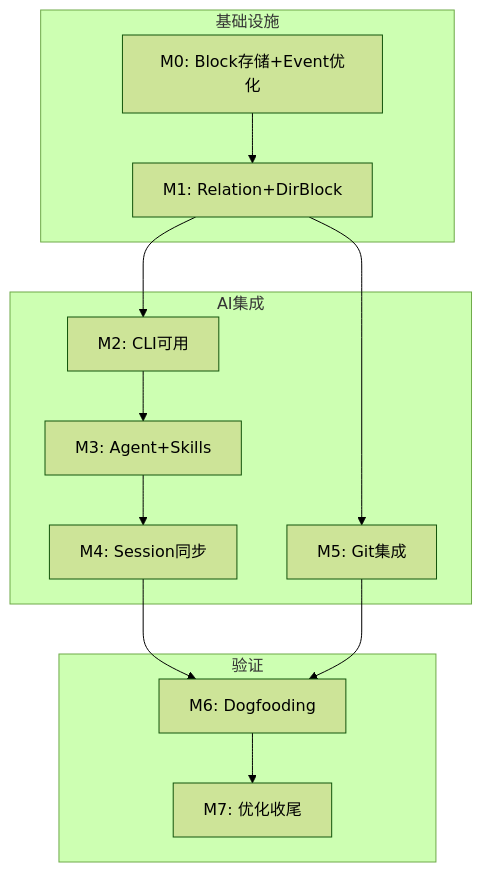
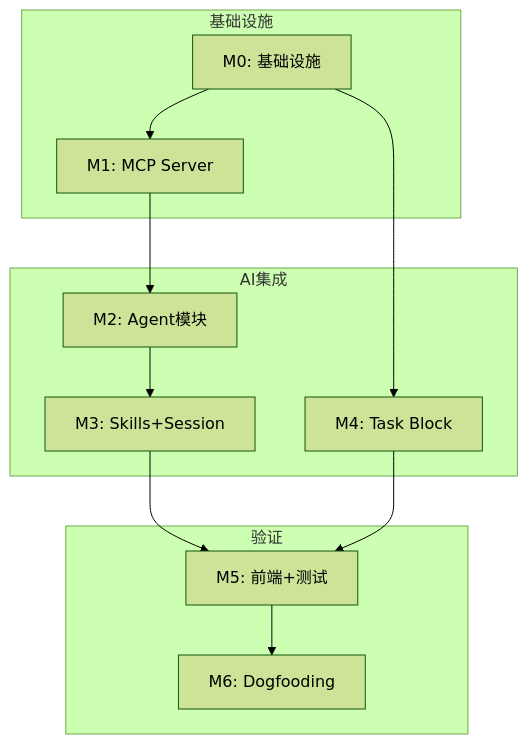
Before and after one commit to allenwoods/naive-elfiee: the diagram in docs/mvp/phase2/task-and-cost_v3.md, drawn with Mermaid (forest theme). The commit also changed other lines of this file and 3 other files, not shown here.

````diff
--- a/docs/mvp/phase2/task-and-cost_v3.md
+++ b/docs/mvp/phase2/task-and-cost_v3.md
@@ -259,19 +395,18 @@
 ```mermaid
 graph TD
     subgraph 基础设施
-        M0[M0: Block存储+Event优化] --> M1[M1: Relation+DirBlock]
+        M0[M0: 基础设施] --> M1[M1: MCP Server]
     end
 
     subgraph AI集成
-        M1 --> M2[M2: CLI可用]
-        M2 --> M3[M3: Agent+Skills]
-        M3 --> M4[M4: Session同步]
-        M1 --> M5[M5: Git集成]
+        M1 --> M2[M2: Agent模块]
+        M2 --> M3[M3: Skills+Session]
+        M0 --> M4[M4: Task Block]
     end
 
     subgraph 验证
-        M4 --> M6[M6: Dogfooding]
-        M5 --> M6
-        M6 --> M7[M7: 优化收尾]
+        M3 --> M5[M5: 前端+测试]
+        M4 --> M5
+        M5 --> M6[M6: Dogfooding]
     end
 ```
````
